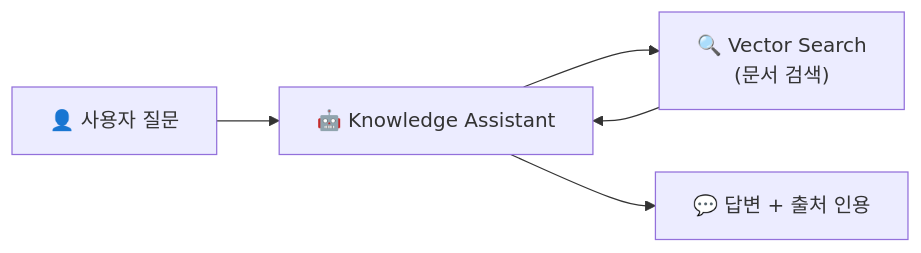
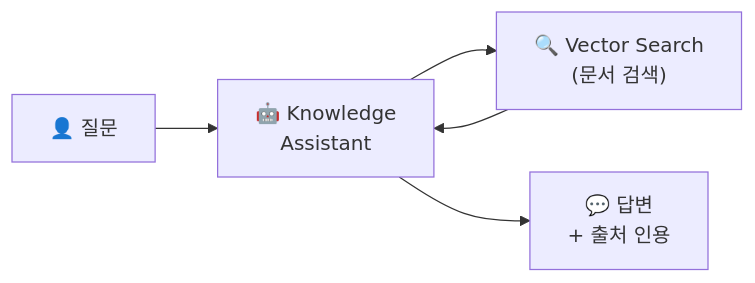
The first of 2 diagrams in 10-agent-development/agent-bricks.md (SimyungYang/simyung-dbx-training), drawn with Mermaid before and after one commit. The commit also changed other lines of this file and 3 other files, not shown here.

````diff
--- a/10-agent-development/agent-bricks.md
+++ b/10-agent-development/agent-bricks.md
@@ -21,7 +25,7 @@
 ```mermaid
 graph LR
-    U["👤 사용자 질문"] --> KA["🤖 Knowledge Assistant"]
+    U["👤 질문"] --> KA["🤖 Knowledge<br/>Assistant"]
     KA --> VS["🔍 Vector Search<br/>(문서 검색)"]
     VS --> KA
-    KA --> A["💬 답변 + 출처 인용"]
+    KA --> A["💬 답변<br/>+ 출처 인용"]
 ```
````
